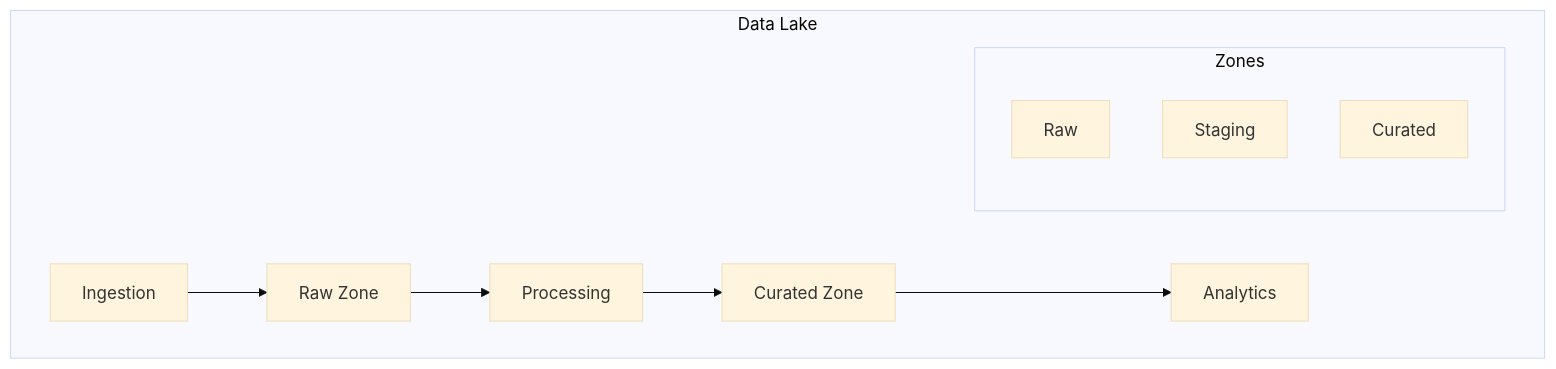
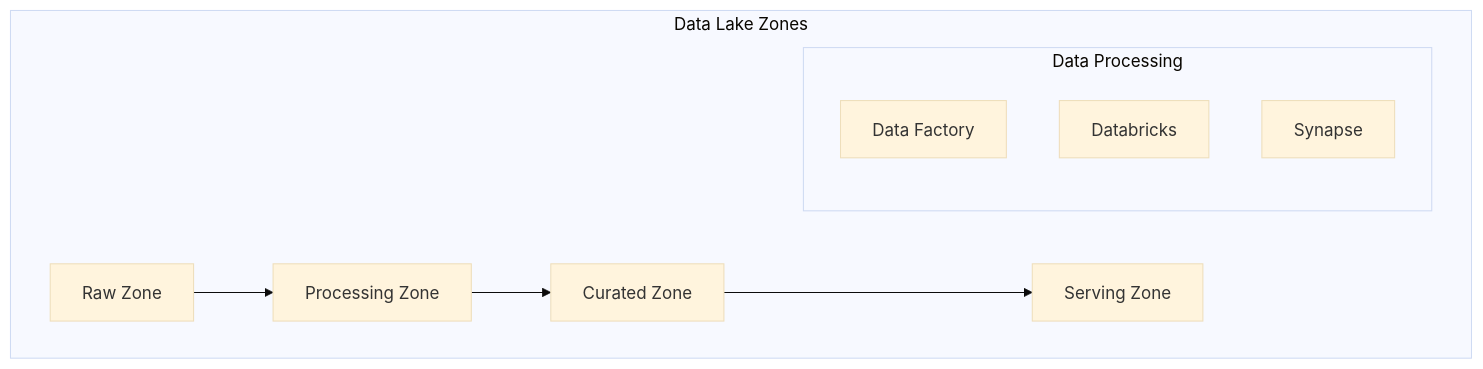
The third of 4 diagrams in src/Data_Architecture_Patterns.md (saravanakumarrc/Architecture_Journey), drawn with Mermaid (base theme) before and after one commit. The commit also changed other lines of this file and 4 other files, not shown here.

````diff
--- a/src/Data_Architecture_Patterns.md
+++ b/src/Data_Architecture_Patterns.md
@@ -100,15 +56,14 @@
 ```mermaid
 graph TB
-    subgraph "Data Lake"
-        I[Ingestion] --> R[Raw Zone]
-        R --> P[Processing]
+    subgraph "Data Lake Zones"
+        R[Raw Zone] --> P[Processing Zone]
         P --> C[Curated Zone]
-        C --> A[Analytics]
+        C --> S[Serving Zone]
         
-        subgraph "Zones"
-            RZ[Raw]
-            ST[Staging]
-            CU[Curated]
+        subgraph "Data Processing"
+            DP1[Data Factory]
+            DP2[Databricks]
+            DP3[Synapse]
         end
     end
 ```
````
